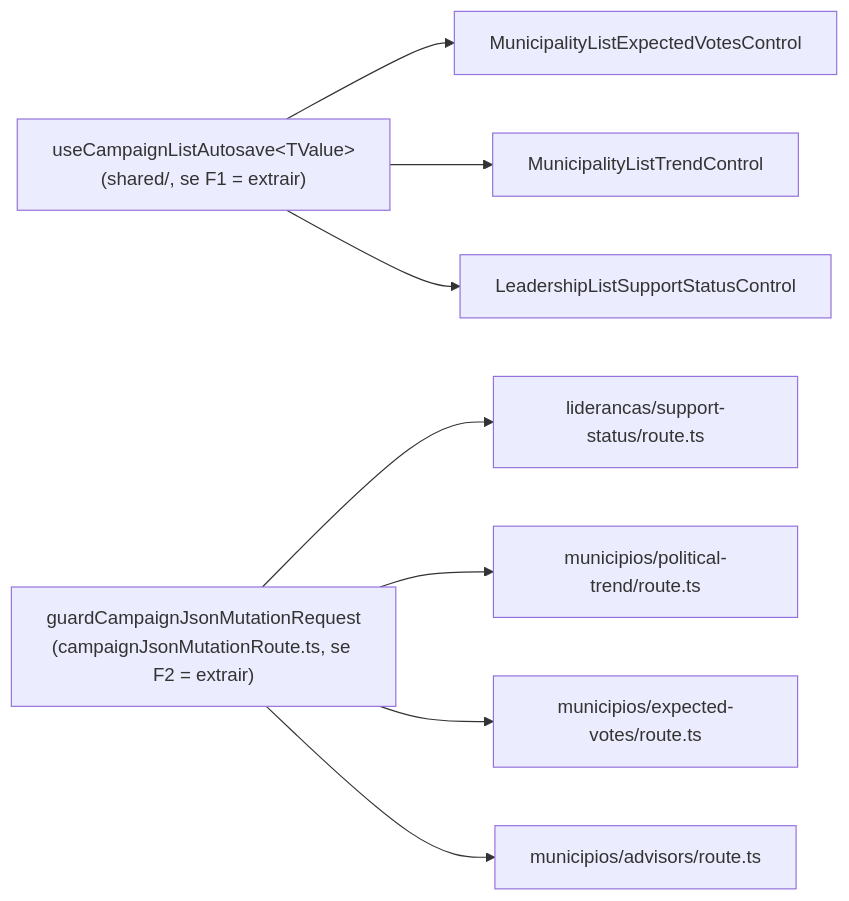
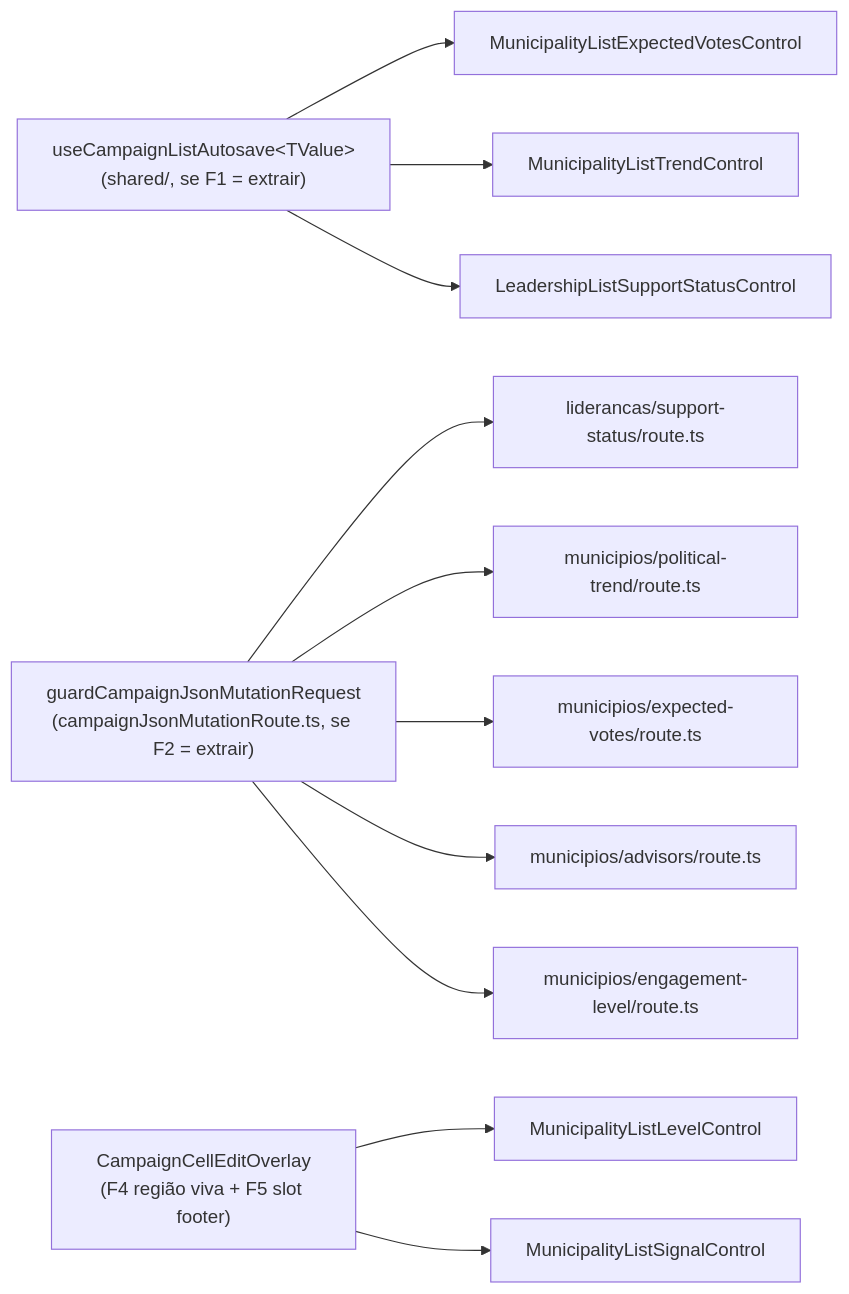
The diagram in docs/plans/escala-dry-pos-b32.md (fsolla/teqo), drawn with Mermaid before and after one commit. The commit also changed other lines of this file and 2 other files, not shown here.

````diff
--- a/docs/plans/escala-dry-pos-b32.md
+++ b/docs/plans/escala-dry-pos-b32.md
@@ -60,10 +63,13 @@
 ```mermaid
 flowchart LR
     Hook["useCampaignListAutosave&lt;TValue&gt;<br/>(shared/, se F1 = extrair)"] --> EV["MunicipalityListExpectedVotesControl"]
     Hook --> TC["MunicipalityListTrendControl"]
     Hook --> SS["LeadershipListSupportStatusControl"]
     Guard["guardCampaignJsonMutationRequest<br/>(campaignJsonMutationRoute.ts, se F2 = extrair)"] --> R1["liderancas/support-status/route.ts"]
     Guard --> R2["municipios/political-trend/route.ts"]
     Guard --> R3["municipios/expected-votes/route.ts"]
     Guard --> R4["municipios/advisors/route.ts"]
+    Guard --> R5["municipios/engagement-level/route.ts"]
+    Shell["CampaignCellEditOverlay<br/>(F4 região viva + F5 slot footer)"] --> LC["MunicipalityListLevelControl"]
+    Shell --> SC["MunicipalityListSignalControl"]
 ```
````
